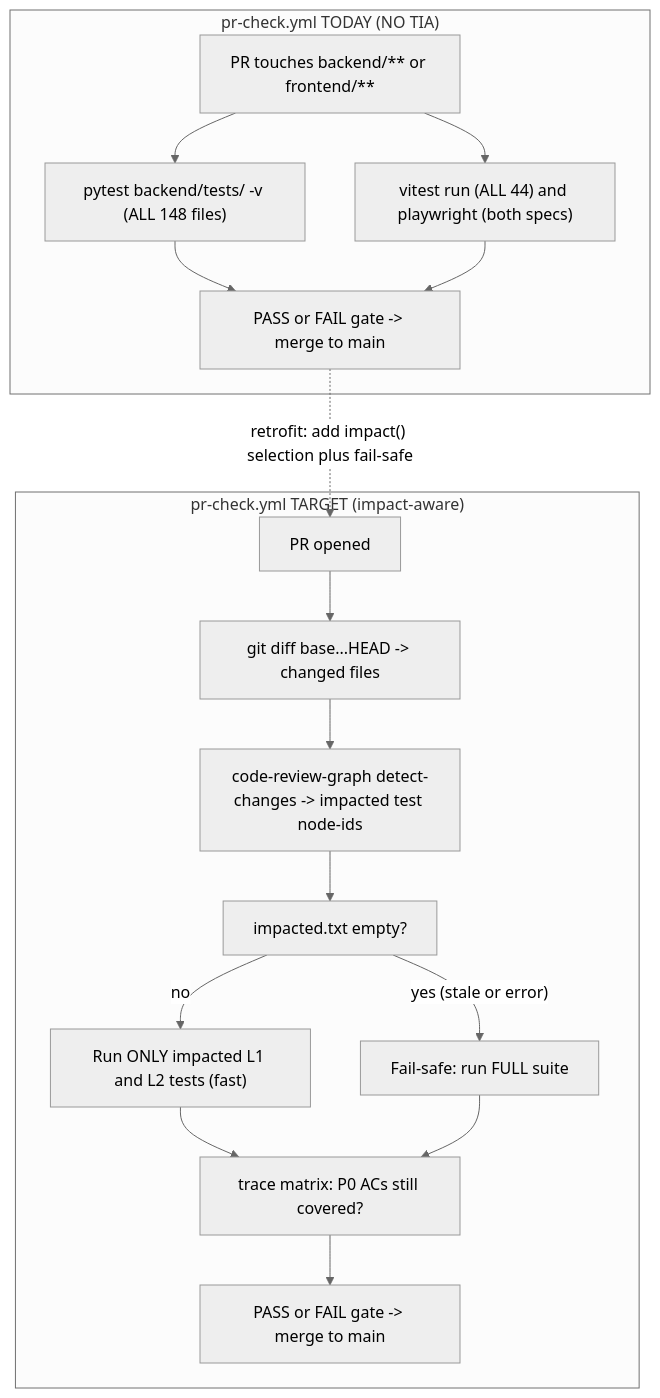
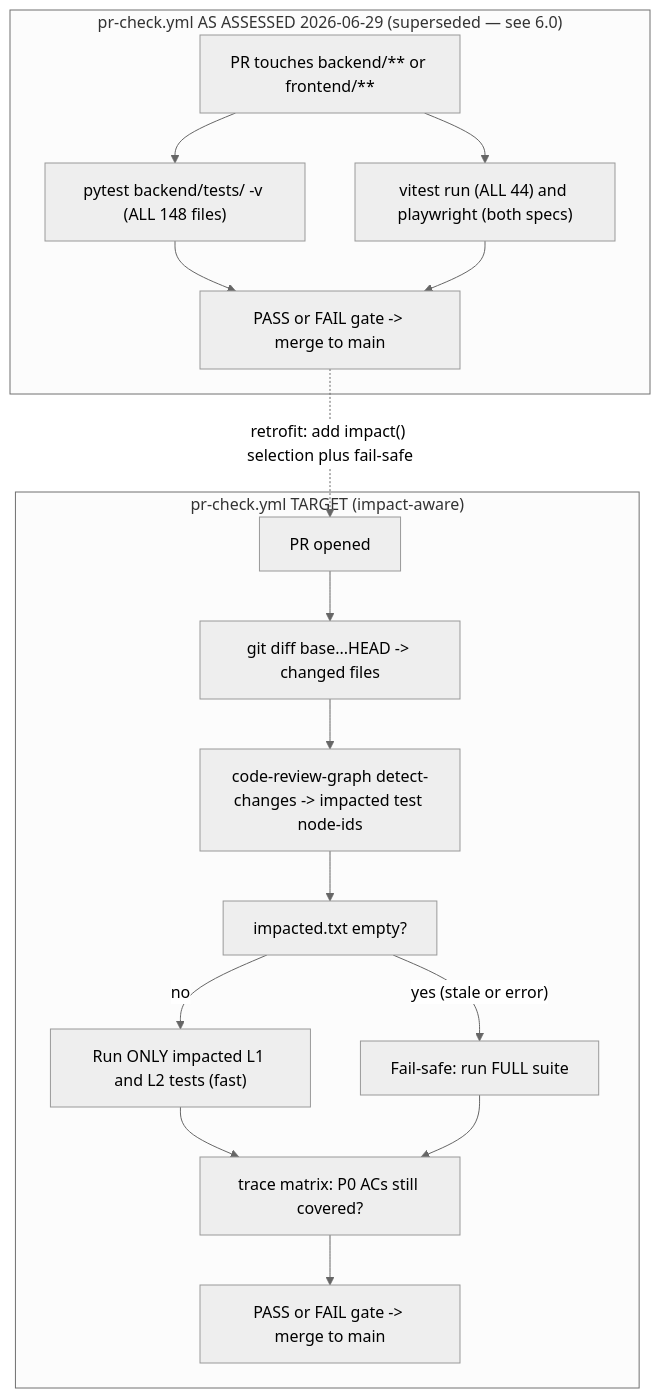
The tenth of 13 diagrams in docs/_scc_sops_prds/tea_testing_guide.md (sudomadhatter/Sudo_Hatter_Command), drawn with Mermaid (neutral theme) before and after one commit. The commit also changed other lines of this file and 6 other files, not shown here.

````diff
--- a/docs/_scc_sops_prds/tea_testing_guide.md
+++ b/docs/_scc_sops_prds/tea_testing_guide.md
@@ -508,32 +622,32 @@
 ```mermaid
 flowchart TD
-    subgraph TODAY ["pr-check.yml TODAY (NO TIA)"]
+    subgraph TODAY ["pr-check.yml AS ASSESSED 2026-06-29 (superseded — see 6.0)"]
         T1["PR touches backend/** or frontend/**"]
         T2["pytest backend/tests/ -v (ALL 148 files)"]
         T3["vitest run (ALL 44) and playwright (both specs)"]
         T4["PASS or FAIL gate -> merge to main"]
         T1 --> T2
         T1 --> T3
         T2 --> T4
         T3 --> T4
     end
     subgraph TARGET ["pr-check.yml TARGET (impact-aware)"]
         G1["PR opened"]
         G2["git diff base...HEAD -> changed files"]
         G3["code-review-graph detect-changes -> impacted test node-ids"]
         G4["impacted.txt empty?"]
         G5["Run ONLY impacted L1 and L2 tests (fast)"]
         G6["Fail-safe: run FULL suite"]
         G7["trace matrix: P0 ACs still covered?"]
         G8["PASS or FAIL gate -> merge to main"]
         G1 --> G2
         G2 --> G3
         G3 --> G4
         G4 -->|"no"| G5
         G4 -->|"yes (stale or error)"| G6
         G5 --> G7
         G6 --> G7
         G7 --> G8
     end
     T4 -.->|"retrofit: add impact() selection plus fail-safe"| G1
 ```
````
